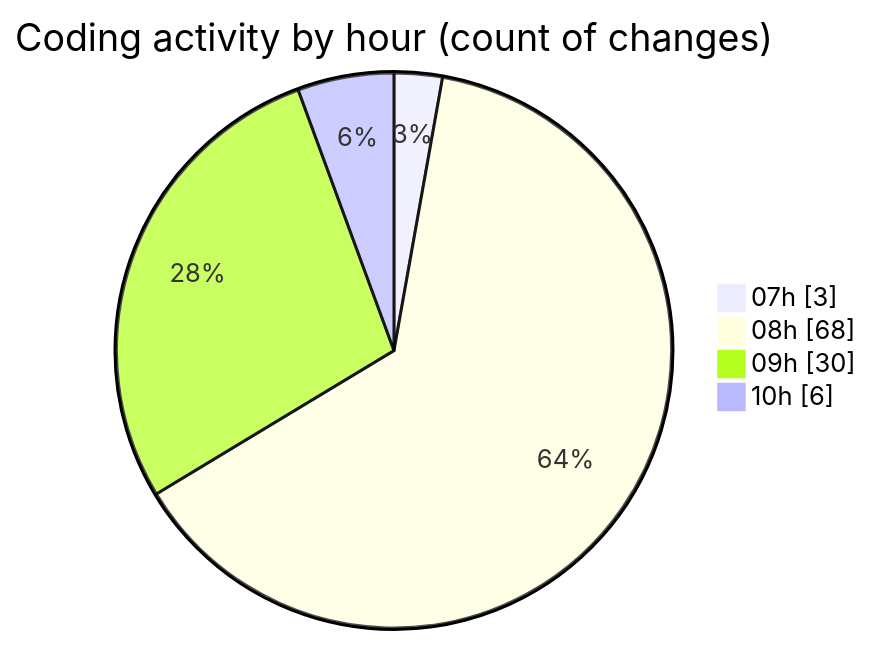
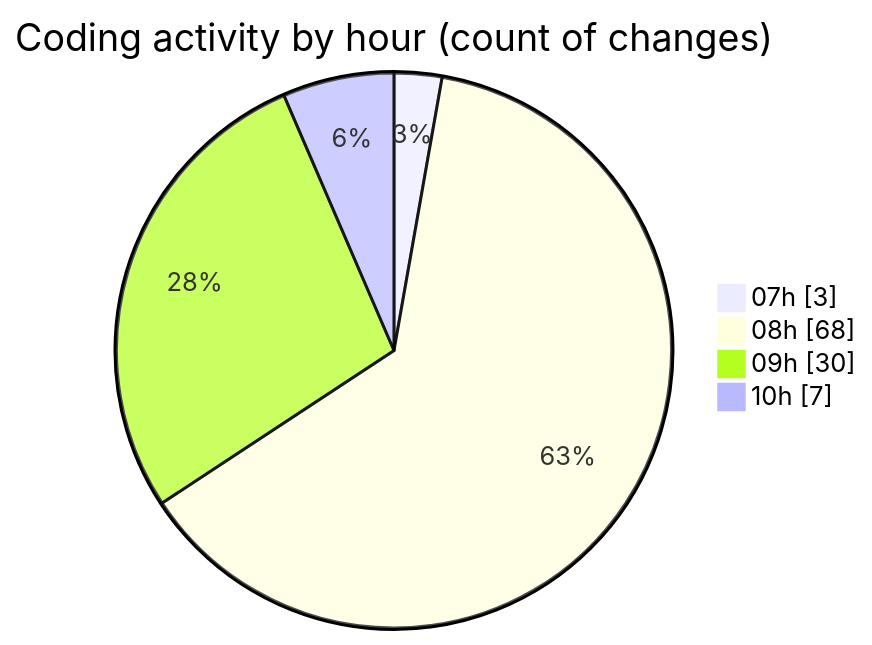
One commit to lephambinh05/code-tracking changed the second of 2 diagrams in 2025-07-10/toolsopenemalpass/README.md. Above: the diagram before and after it, drawn with Mermaid. The commit also changed other lines of this file and 1 other file, not shown here.

````diff
--- a/2025-07-10/toolsopenemalpass/README.md
+++ b/2025-07-10/toolsopenemalpass/README.md
@@ -76,8 +76,8 @@
 ```mermaid
 pie showData
 title Coding activity by hour (count of changes)
 "07h" : 3
 "08h" : 68
 "09h" : 30
-"10h" : 6
+"10h" : 7
 ```
````
